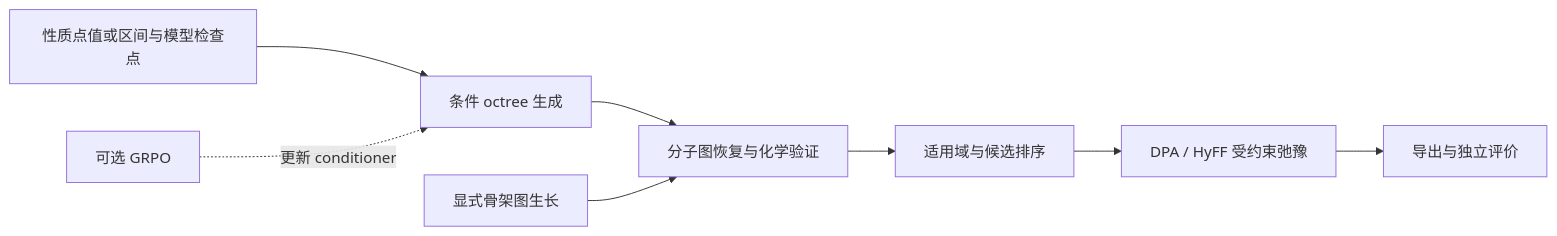
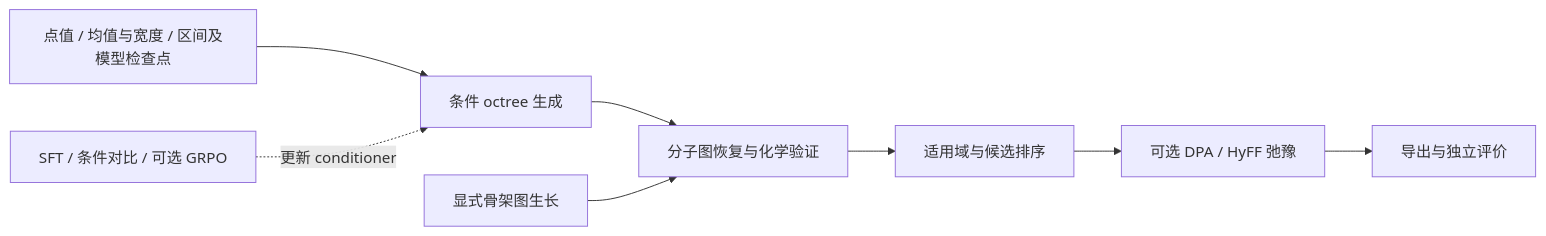
Before and after one commit to ShangChien/orbit3d: the diagram in docs/architecture.md, drawn with Mermaid. The commit also changed 2 other files, not shown here.

Commit message:
Align executable overview with mean-width conditioning and completed ablation

````diff
--- a/docs/architecture.md
+++ b/docs/architecture.md
@@ -7,10 +7,10 @@
 ```mermaid
 flowchart LR
-    A[性质点值或区间与模型检查点] --> B[条件 octree 生成]
+    A[点值 / 均值与宽度 / 区间及模型检查点] --> B[条件 octree 生成]
     B --> C[分子图恢复与化学验证]
     C --> D[适用域与候选排序]
-    D --> E[DPA / HyFF 受约束弛豫]
+    D --> E[可选 DPA / HyFF 弛豫]
     E --> F[导出与独立评价]
-    G[可选 GRPO] -.更新 conditioner.-> B
+    G[SFT / 条件对比 / 可选 GRPO] -.更新 conditioner.-> B
     H[显式骨架图生长] --> C
 ```
````
